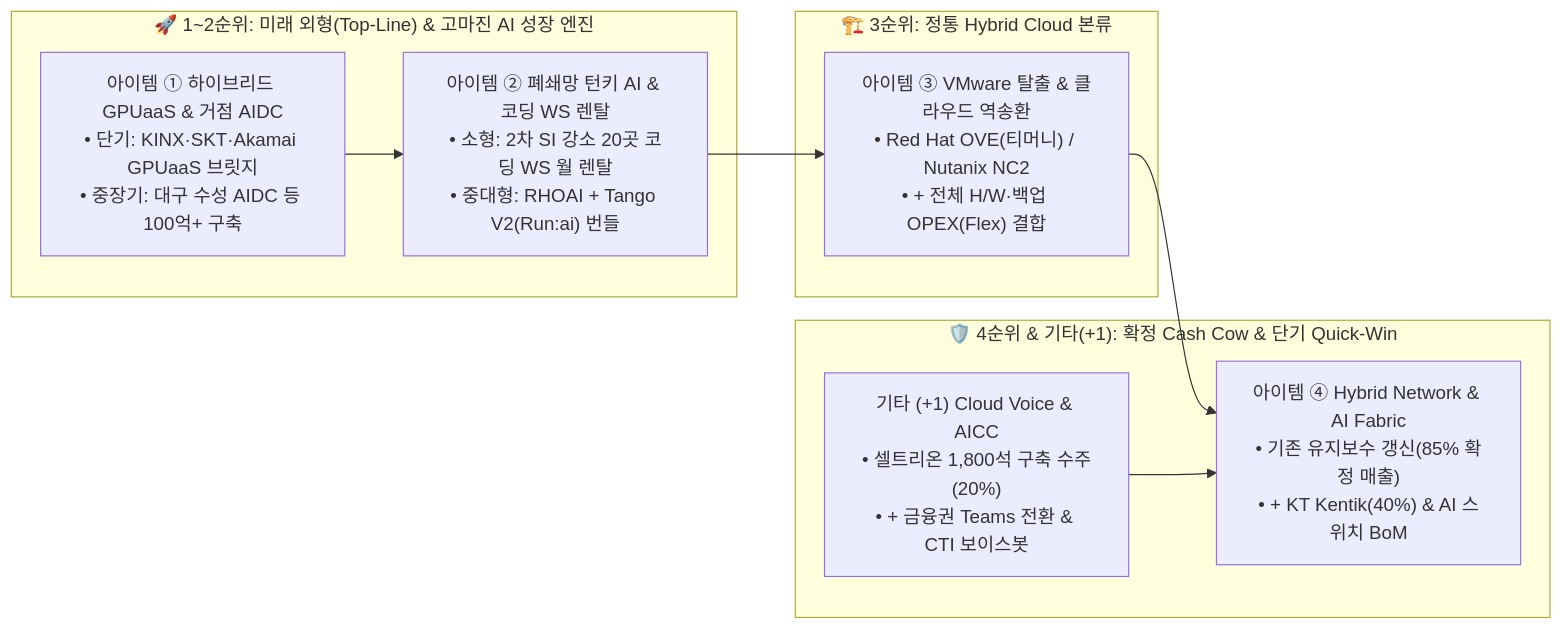
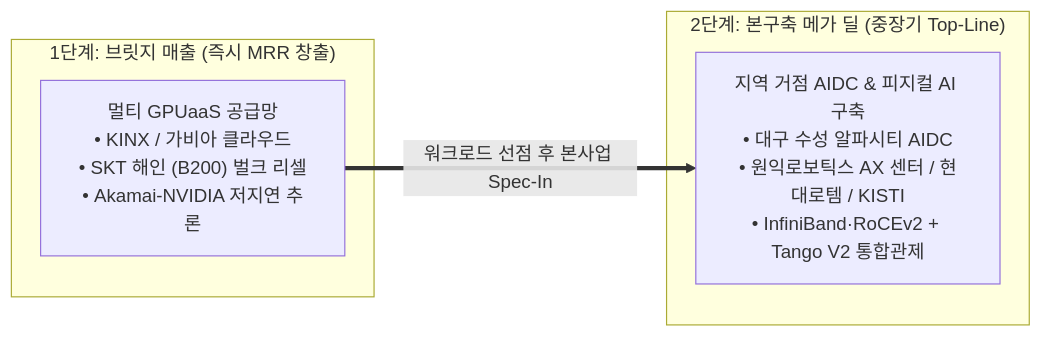
Before and after one commit to kesperinc/aifullstack_issu: the third of 3 diagrams in docs/akamai_ncp/proposal/HYBRID_CLOUD_BUSINESS_PLAN_EXECUTIVE_4PLUS1.md, drawn with Mermaid. The commit also changed other lines of this file and 5 other files, not shown here.

````diff
--- a/docs/akamai_ncp/proposal/HYBRID_CLOUD_BUSINESS_PLAN_EXECUTIVE_4PLUS1.md
+++ b/docs/akamai_ncp/proposal/HYBRID_CLOUD_BUSINESS_PLAN_EXECUTIVE_4PLUS1.md
@@ -18,19 +91,10 @@
 ```mermaid
 flowchart LR
-    subgraph Engine["🚀 1~2순위: 미래 외형(Top-Line) & 고마진 AI 성장 엔진"]
-        I1["아이템 ① 하이브리드 GPUaaS & 거점 AIDC<br/>• 단기: KINX·SKT·Akamai GPUaaS 브릿지<br/>• 중장기: 대구 수성 AIDC 등 100억+ 구축"]
-        I2["아이템 ② 폐쇄망 턴키 AI & 코딩 WS 렌탈<br/>• 소형: 2차 SI 강소 20곳 코딩 WS 월 렌탈<br/>• 중대형: RHOAI + Tango V2(Run:ai) 번들"]
+    subgraph Stage1["1단계: 브릿지 매출 (즉시 MRR 창출)"]
+        G1["멀티 GPUaaS 공급망<br/>• KINX / 가비아 클라우드<br/>• SKT 해인 (B200) 벌크 리셀<br/>• Akamai-NVIDIA 저지연 추론"]
     end
-
-    subgraph Core["🏗️ 3순위: 정통 Hybrid Cloud 본류"]
-        I3["아이템 ③ VMware 탈출 & 클라우드 역송환<br/>• Red Hat OVE(티머니) / Nutanix NC2<br/>• + 전체 H/W·백업 OPEX(Flex) 결합"]
+    subgraph Stage2["2단계: 본구축 메가 딜 (중장기 Top-Line)"]
+        G2["지역 거점 AIDC & 피지컬 AI 구축<br/>• 대구 수성 알파시티 AIDC<br/>• 원익로보틱스 AX 센터 / 현대로템 / KISTI<br/>• InfiniBand·RoCEv2 + Tango V2 통합관제"]
     end
-
-    subgraph Base["🛡️ 4순위 & 기타(+1): 확정 Cash Cow & 단기 Quick-Win"]
-        I4["아이템 ④ Hybrid Network & AI Fabric<br/>• 기존 유지보수 갱신(85% 확정 매출)<br/>• + KT Kentik(40%) & AI 스위치 BoM"]
-        I5["기타 (+1) Cloud Voice & AICC<br/>• 셀트리온 1,800석 구축 수주(20%)<br/>• + 금융권 Teams 전환 & CTI 보이스봇"]
-    end
-
-    I1 --> I2 --> I3 --> I4
-    I5 --> I4
+    G1 ==>|"워크로드 선점 후 본사업 Spec-In"| G2
 ```
````
